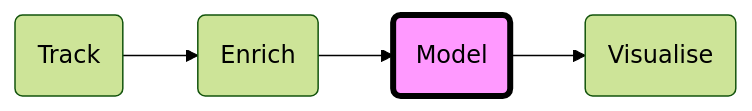
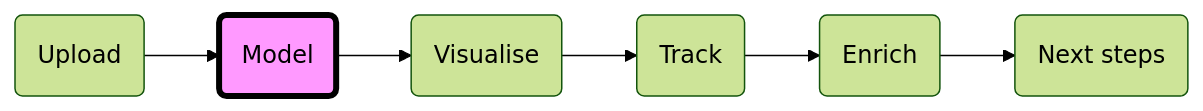
The diagram in content/modelling/_index.md (snowplow/advanced-analytics-web-accelerator), drawn with Mermaid (forest theme) before and after one commit. The commit also changed other lines of this file and 18 other files, not shown here.

```diff
--- a/content/modelling/_index.md
+++ b/content/modelling/_index.md
@@ -13,5 +13,5 @@
 {{<mermaid>}}
 flowchart LR
-    id1(Track)-->id2(Enrich)-->id3(Model)-->id4(Visualise)
-    style id3 fill:#f9f,stroke:#000,stroke-width:4px
+    id1(Upload)-->id2(Model)-->id3(Visualise)-->id4(Track)-->id5(Enrich)-->id6(Next steps)
+    style id2 fill:#f9f,stroke:#000,stroke-width:4px
 {{</mermaid >}}
```
